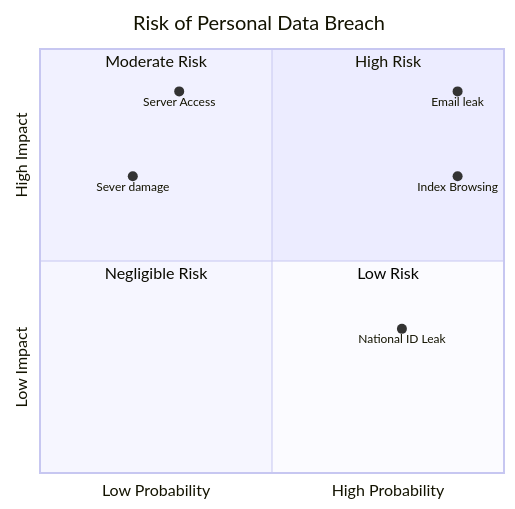
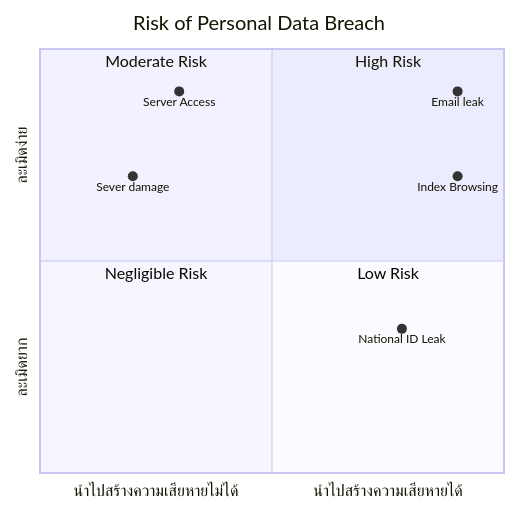
One commit to Kietpawpan/pdpa changed the fourth of 4 diagrams in README.md. Above: the diagram before and after it, drawn with Mermaid.

````diff
--- a/README.md
+++ b/README.md
@@ -87,15 +87,15 @@
 ```mermaid
 quadrantChart
     title Risk of Personal Data Breach
-    x-axis Low Probability --> High Probability
-    y-axis Low Impact --> High Impact
+    x-axis นำไปสร้างความเสียหายไม่ได้ --> นำไปสร้างความเสียหายได้
+    y-axis ละเมิดยาก --> ละเมิดง่าย
     quadrant-1 High Risk
     quadrant-2 Moderate Risk
     quadrant-3 Negligible Risk
     quadrant-4 Low Risk
 	Server Access: [0.3, 0.9]
     	Email leak: [0.9, 0.9]
     Index Browsing: [0.9, 0.7]
     National ID Leak: [0.78, 0.34]
     Sever damage: [0.2, 0.7]
 ```
````
